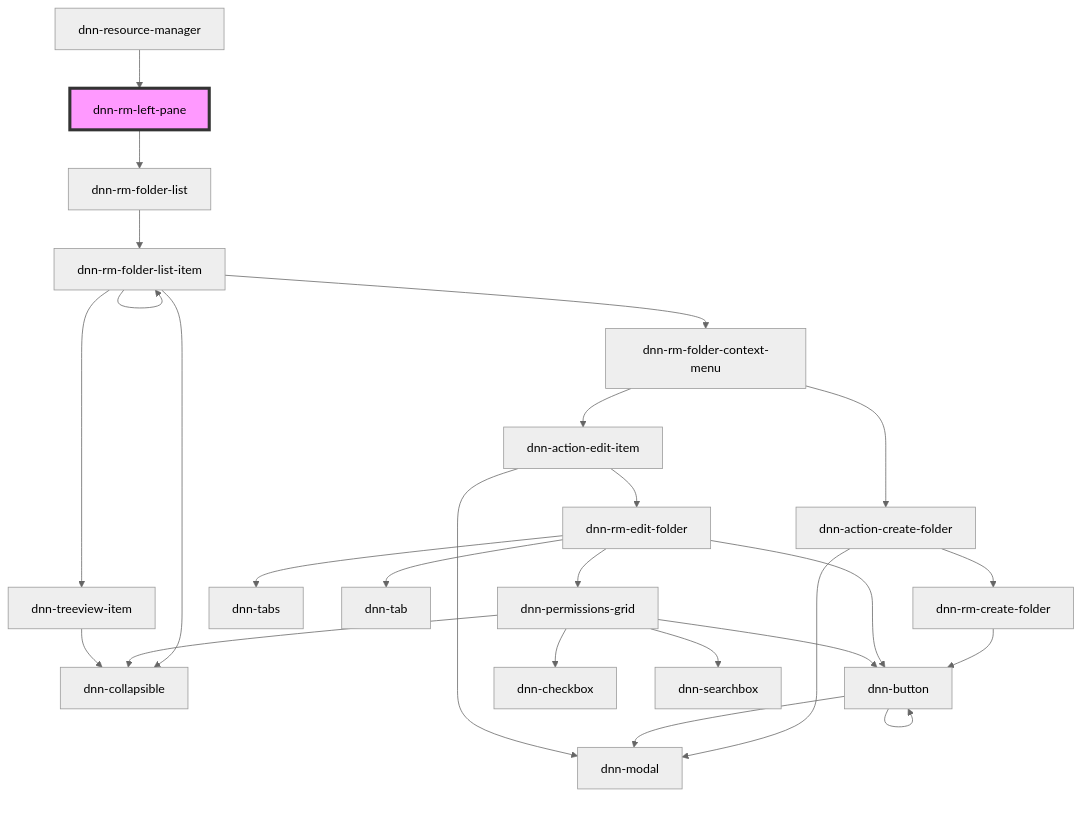
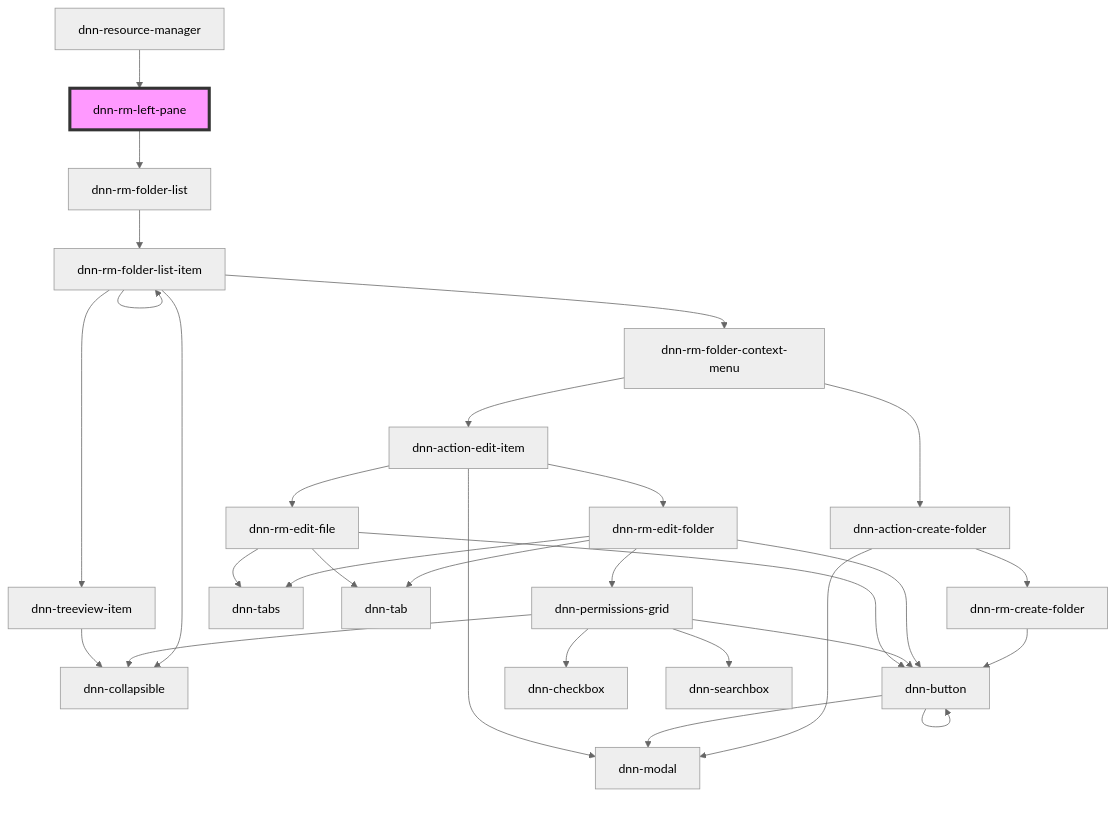
The diagram in DNN Platform/Modules/ResourceManager/ResourceManager.Web/src/components/dnn-rm-left-pane/readme.md (dnnsoftware/Dnn.Platform), drawn with Mermaid (neutral theme) before and after one commit. The commit also changed 23 other files, not shown here.

````diff
--- a/DNN Platform/Modules/ResourceManager/ResourceManager.Web/src/components/dnn-rm-left-pane/readme.md
+++ b/DNN Platform/Modules/ResourceManager/ResourceManager.Web/src/components/dnn-rm-left-pane/readme.md
@@ -19,29 +19,33 @@
 ```mermaid
 graph TD;
   dnn-rm-left-pane --> dnn-rm-folder-list
   dnn-rm-folder-list --> dnn-rm-folder-list-item
   dnn-rm-folder-list-item --> dnn-collapsible
   dnn-rm-folder-list-item --> dnn-rm-folder-context-menu
   dnn-rm-folder-list-item --> dnn-treeview-item
   dnn-rm-folder-list-item --> dnn-rm-folder-list-item
   dnn-rm-folder-context-menu --> dnn-action-create-folder
   dnn-rm-folder-context-menu --> dnn-action-edit-item
   dnn-action-create-folder --> dnn-modal
   dnn-action-create-folder --> dnn-rm-create-folder
   dnn-rm-create-folder --> dnn-button
   dnn-button --> dnn-modal
   dnn-button --> dnn-button
   dnn-action-edit-item --> dnn-modal
   dnn-action-edit-item --> dnn-rm-edit-folder
+  dnn-action-edit-item --> dnn-rm-edit-file
   dnn-rm-edit-folder --> dnn-tabs
   dnn-rm-edit-folder --> dnn-tab
   dnn-rm-edit-folder --> dnn-permissions-grid
   dnn-rm-edit-folder --> dnn-button
   dnn-permissions-grid --> dnn-checkbox
   dnn-permissions-grid --> dnn-button
   dnn-permissions-grid --> dnn-searchbox
   dnn-permissions-grid --> dnn-collapsible
+  dnn-rm-edit-file --> dnn-tabs
+  dnn-rm-edit-file --> dnn-tab
+  dnn-rm-edit-file --> dnn-button
   dnn-treeview-item --> dnn-collapsible
   dnn-resource-manager --> dnn-rm-left-pane
   style dnn-rm-left-pane fill:#f9f,stroke:#333,stroke-width:4px
 ```
````
